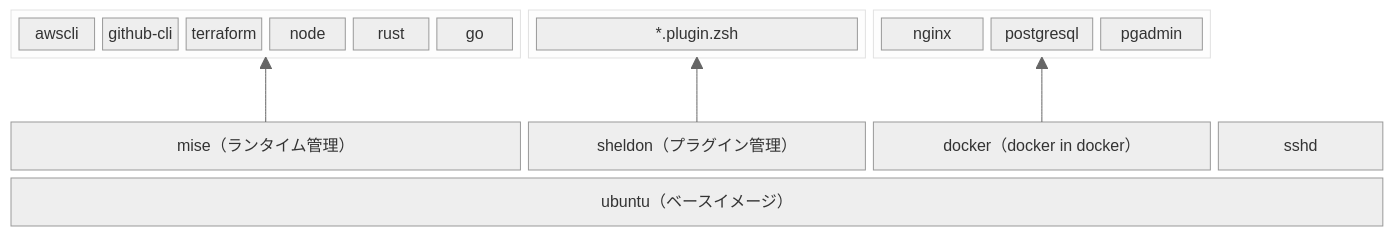
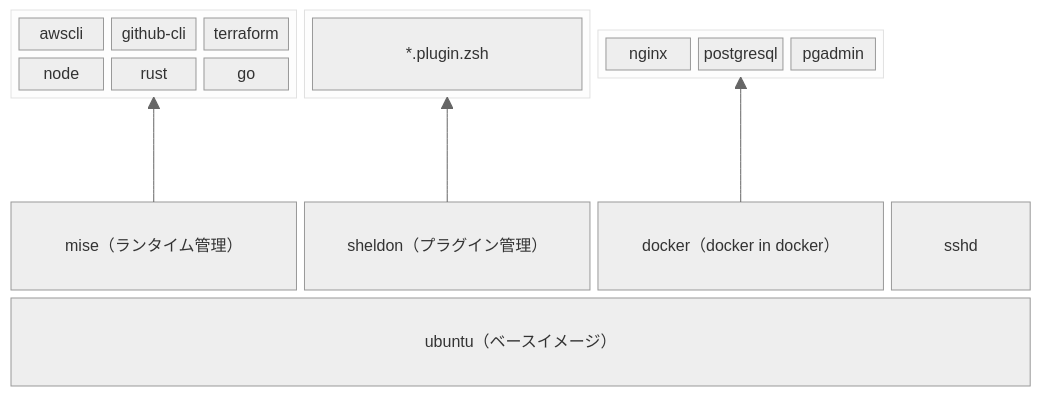
Before and after one commit to shinoda-yosuke-lvgs/hello-devcontainer: the diagram in README.md, drawn with Mermaid.

Commit message:
Update devcontainer configuration and README.md with minor formatting changes and new sections

````diff
--- a/README.md
+++ b/README.md
@@ -32,34 +32,35 @@
 ```mermaid
 %%{init: {'theme':'neutral'}}%%
 block-beta
-  columns 8
+  columns 7
 
-  block:feature1:3
+  block:feature1:2
+    columns 3
     awscli githubcli["github-cli"] terraform node rust go
   end
     
   block:feature2:2
     zshplugins["*.plugin.zsh"]
   end
 
   block:feature3:2
     nginx
     postgresql
     pgadmin
   end
 
   space:1
 
-  space:8
+  space:7
 
-  mise["mise（ランタイム管理）"]:3
+  mise["mise（ランタイム管理）"]:2
   sheldon["sheldon（プラグイン管理）"]:2
   dind["docker（docker in docker）"]:2
   sshd["sshd"]:1
 
-  ubuntu["ubuntu（ベースイメージ）"]:8
+  ubuntu["ubuntu（ベースイメージ）"]:7
 
   mise --> feature1
   sheldon --> feature2
   dind --> feature3
 ```
````
